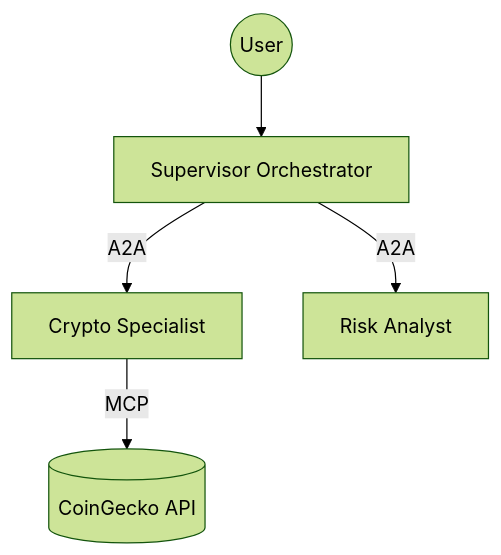
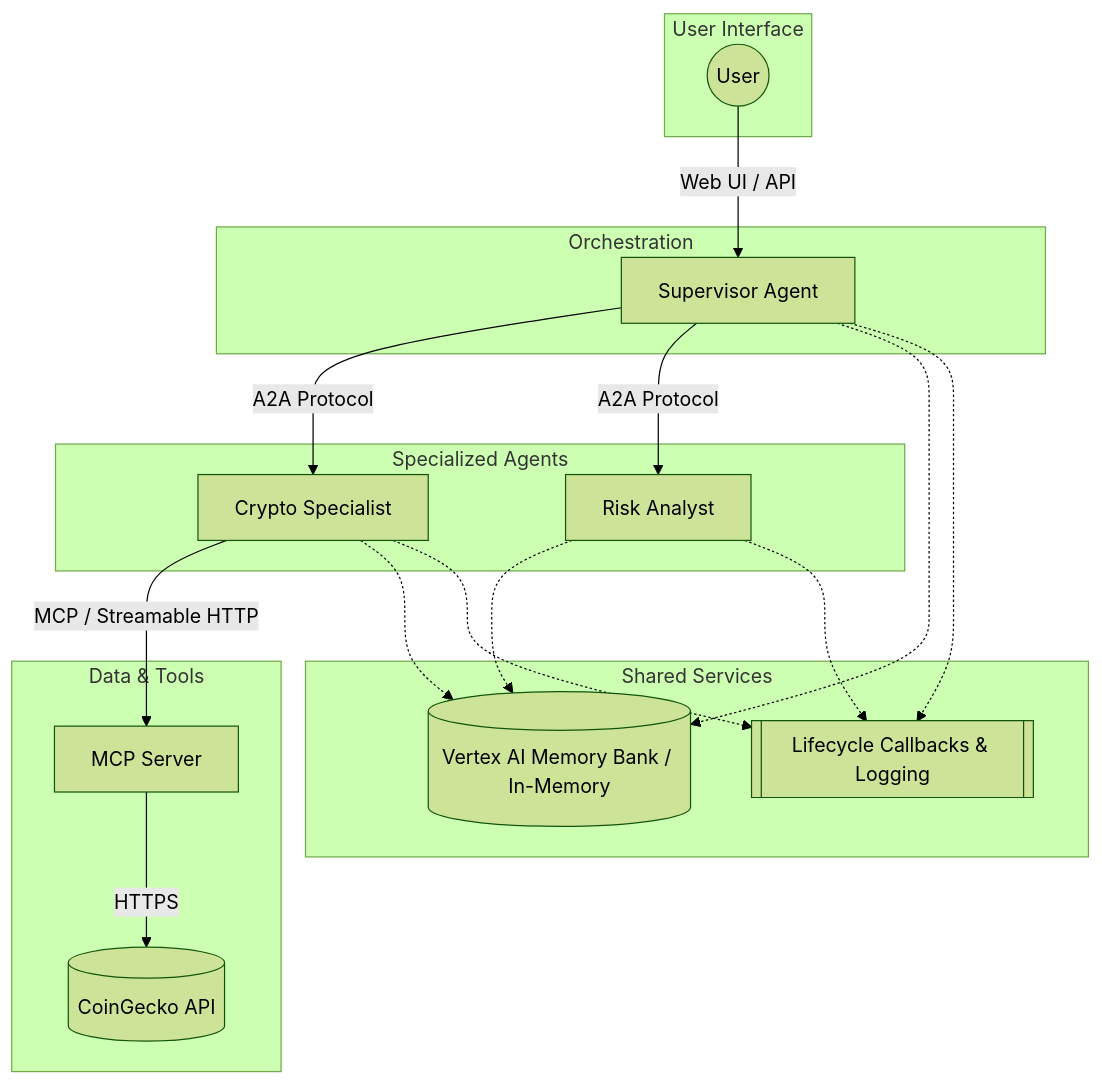
The diagram in README.md (jggomez/workshop-examples-agents-adk), drawn with Mermaid (forest theme) before and after one commit.

Commit message:
Enhance architecture diagram with multi-layer details

````diff
--- a/README.md
+++ b/README.md
@@ -7,7 +7,40 @@
 ```mermaid
-graph TD
-    User((User)) --> Supervisor[Supervisor Orchestrator]
-    Supervisor -- A2A --> Crypto[Crypto Specialist]
-    Supervisor -- A2A --> Risk[Risk Analyst]
-    Crypto -- MCP --> CoinGecko[(CoinGecko API)]
+graph TB
+    subgraph Client_Layer [User Interface]
+        User((User))
+    end
+
+    subgraph Orchestration_Layer [Orchestration]
+        Supervisor[Supervisor Agent]
+    end
+
+    subgraph Specialist_Layer [Specialized Agents]
+        Crypto[Crypto Specialist]
+        Risk[Risk Analyst]
+    end
+
+    subgraph Data_Layer [Data & Tools]
+        MCPServer[MCP Server]
+        CoinGecko[(CoinGecko API)]
+    end
+
+    subgraph Platform_Layer [Shared Services]
+        MemoryBank[(Vertex AI Memory Bank / In-Memory)]
+        Observability[[Lifecycle Callbacks & Logging]]
+    end
+
+    User -->|Web UI / API| Supervisor
+    Supervisor -->|A2A Protocol| Crypto
+    Supervisor -->|A2A Protocol| Risk
+    Crypto -->|MCP / Streamable HTTP| MCPServer
+    MCPServer -->|HTTPS| CoinGecko
+
+    %% Shared Platform Connections
+    Supervisor -.-> MemoryBank
+    Crypto -.-> MemoryBank
+    Risk -.-> MemoryBank
+
+    Supervisor -.-> Observability
+    Crypto -.-> Observability
+    Risk -.-> Observability
 ```
````
